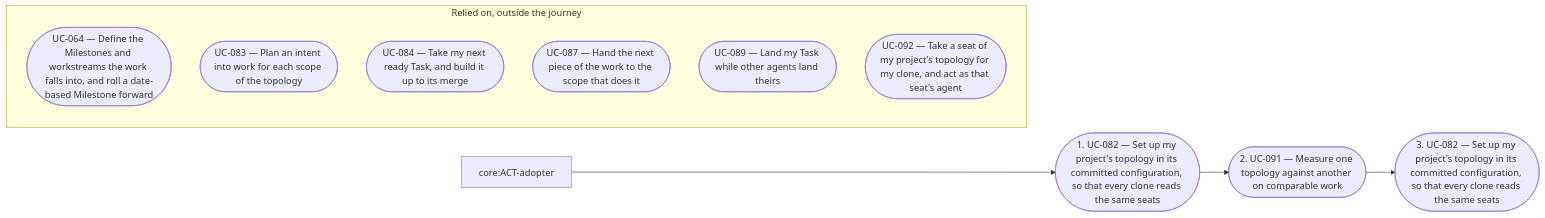
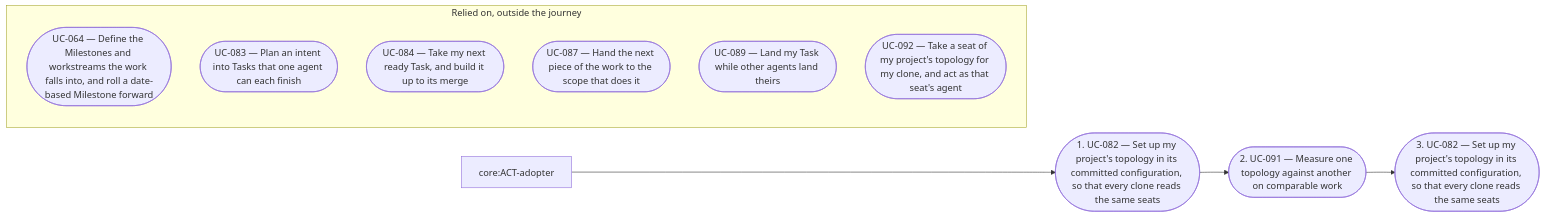
Before and after one commit to aleskalfas/project-kit: the diagram in tech-docs/analysis/project-management/overview/README.md, drawn with Mermaid. The commit also changed other lines of this file and 26 other files, not shown here.

````diff
--- a/tech-docs/analysis/project-management/overview/README.md
+++ b/tech-docs/analysis/project-management/overview/README.md
@@ -142,20 +142,20 @@
 ```mermaid
 flowchart LR
   accTitle: JRN-004 — Set up the topology my project runs, and adjust it on what I measure
   accDescr: The flow of JRN-004: core:ACT-adopter takes 3 steps in order, UC-082, UC-091, UC-082. It relies on 6 use cases outside the journey, drawn apart with no arrow.
   core_ACT_adopter["core:ACT-adopter"]
   step_1(["1. UC-082 — Set up my project's topology in its committed configuration, so that every clone reads the same seats"])
   step_2(["2. UC-091 — Measure one topology against another on comparable work"])
   step_3(["3. UC-082 — Set up my project's topology in its committed configuration, so that every clone reads the same seats"])
   subgraph relies_on["Relied on, outside the journey"]
     UC_064(["UC-064 — Define the Milestones and workstreams the work falls into, and roll a date-based Milestone forward"])
-    UC_083(["UC-083 — Plan an intent into work for each scope of the topology"])
+    UC_083(["UC-083 — Plan an intent into Tasks that one agent can each finish"])
     UC_084(["UC-084 — Take my next ready Task, and build it up to its merge"])
     UC_087(["UC-087 — Hand the next piece of the work to the scope that does it"])
     UC_089(["UC-089 — Land my Task while other agents land theirs"])
     UC_092(["UC-092 — Take a seat of my project's topology for my clone, and act as that seat's agent"])
   end
   core_ACT_adopter --> step_1
   step_1 --> step_2
   step_2 --> step_3
 ```
````
